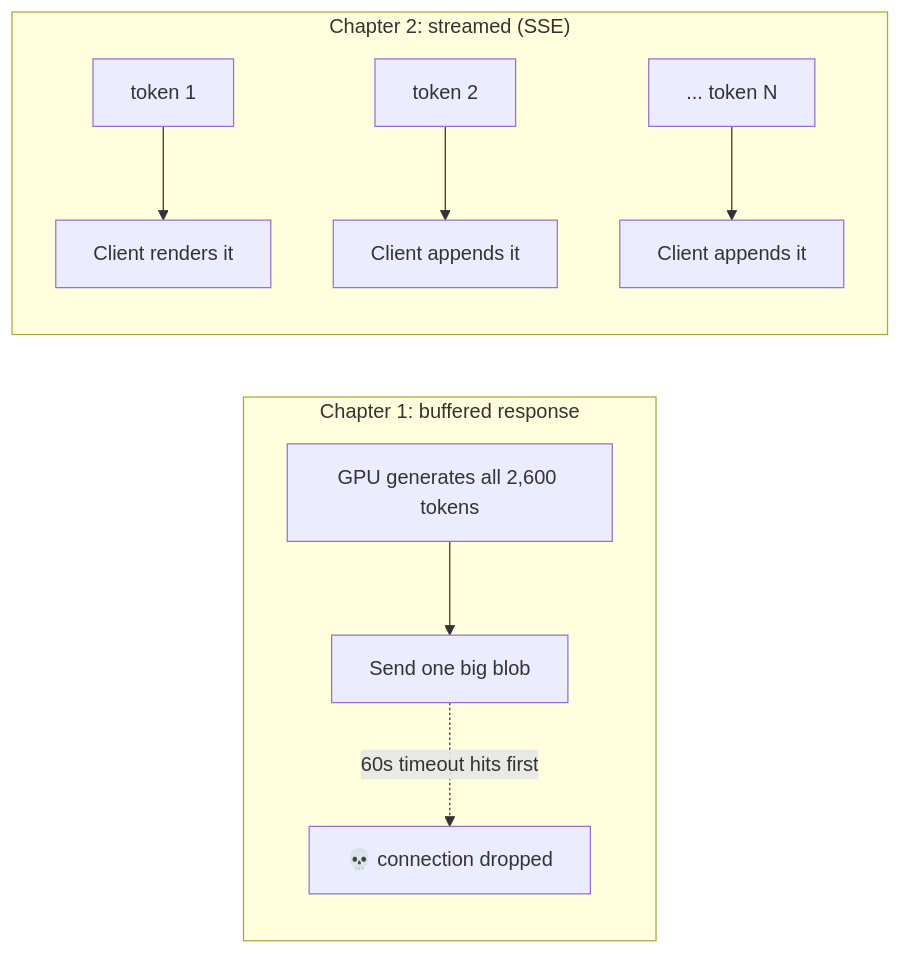
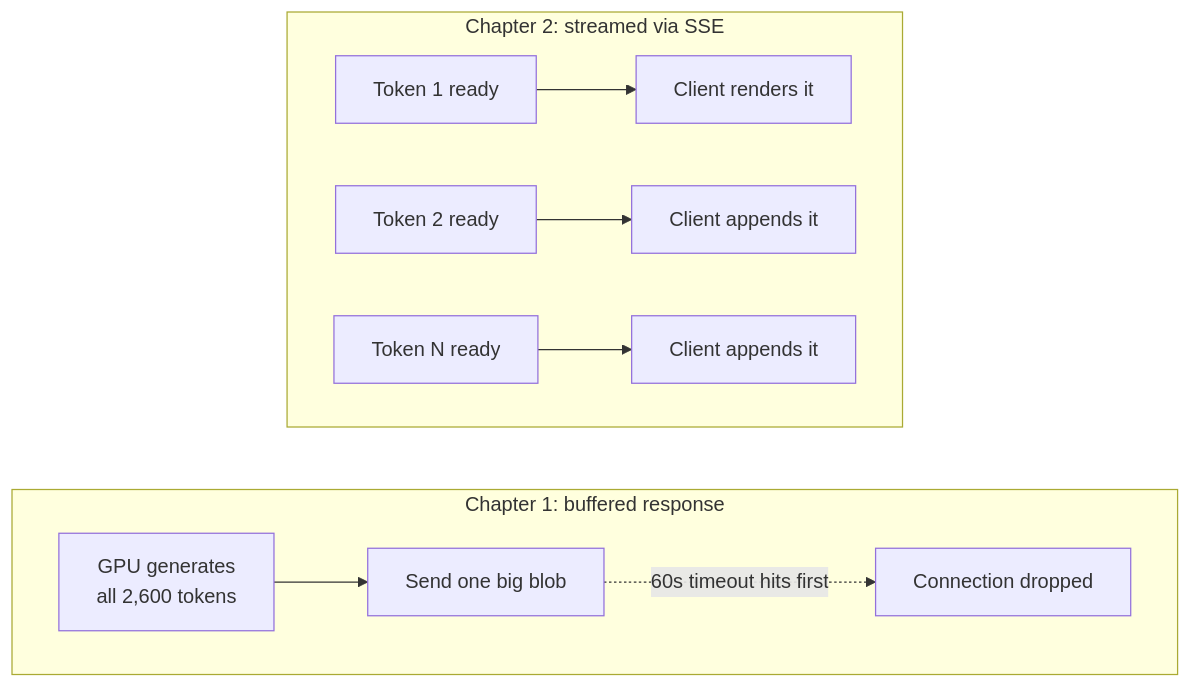
One commit to riyaz-pasha/Learnings changed the second of 13 diagrams in system-design/HLD/0-course/42-Design-a-ChatGPT-System-FAANG-Guide-story.md. Above: the diagram before and after it, drawn with Mermaid. The commit also changed other lines of this file and 1 other file, not shown here.

Commit message:
[REWRITE] ChatGPT System story guide: simplify prose, add structure, fix diagrams

````diff
--- a/system-design/HLD/0-course/42-Design-a-ChatGPT-System-FAANG-Guide-story.md
+++ b/system-design/HLD/0-course/42-Design-a-ChatGPT-System-FAANG-Guide-story.md
@@ -45,12 +118,14 @@
 ```mermaid
 flowchart LR
     subgraph Before["Chapter 1: buffered response"]
-        G1[GPU generates all 2,600 tokens] --> S1[Send one big blob]
-        S1 -.->|"60s timeout hits first"| X1["💀 connection dropped"]
+        direction LR
+        G1["GPU generates<br/>all 2,600 tokens"] --> S1["Send one big blob"]
+        S1 -.->|"60s timeout hits first"| X1["Connection dropped"]
     end
-    subgraph After["Chapter 2: streamed (SSE)"]
-        T1["token 1"] --> C1[Client renders it]
-        T2["token 2"] --> C2[Client appends it]
-        T3["... token N"] --> C3[Client appends it]
+    subgraph After["Chapter 2: streamed via SSE"]
+        direction LR
+        T1["Token 1 ready"] --> C1["Client renders it"]
+        T2["Token 2 ready"] --> C2["Client appends it"]
+        T3["Token N ready"] --> C3["Client appends it"]
     end
 ```
````
